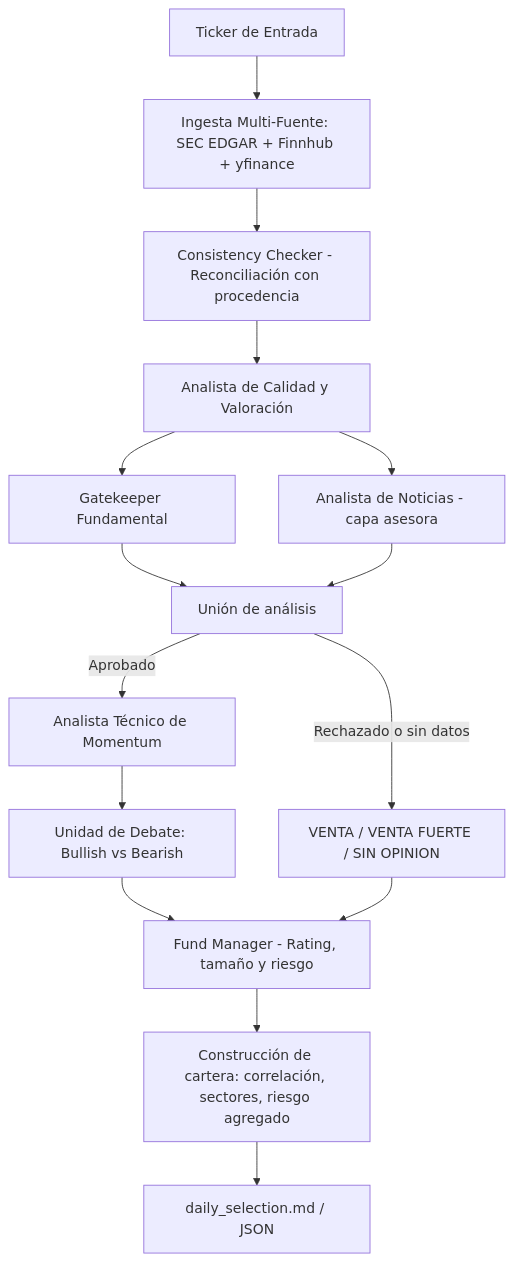
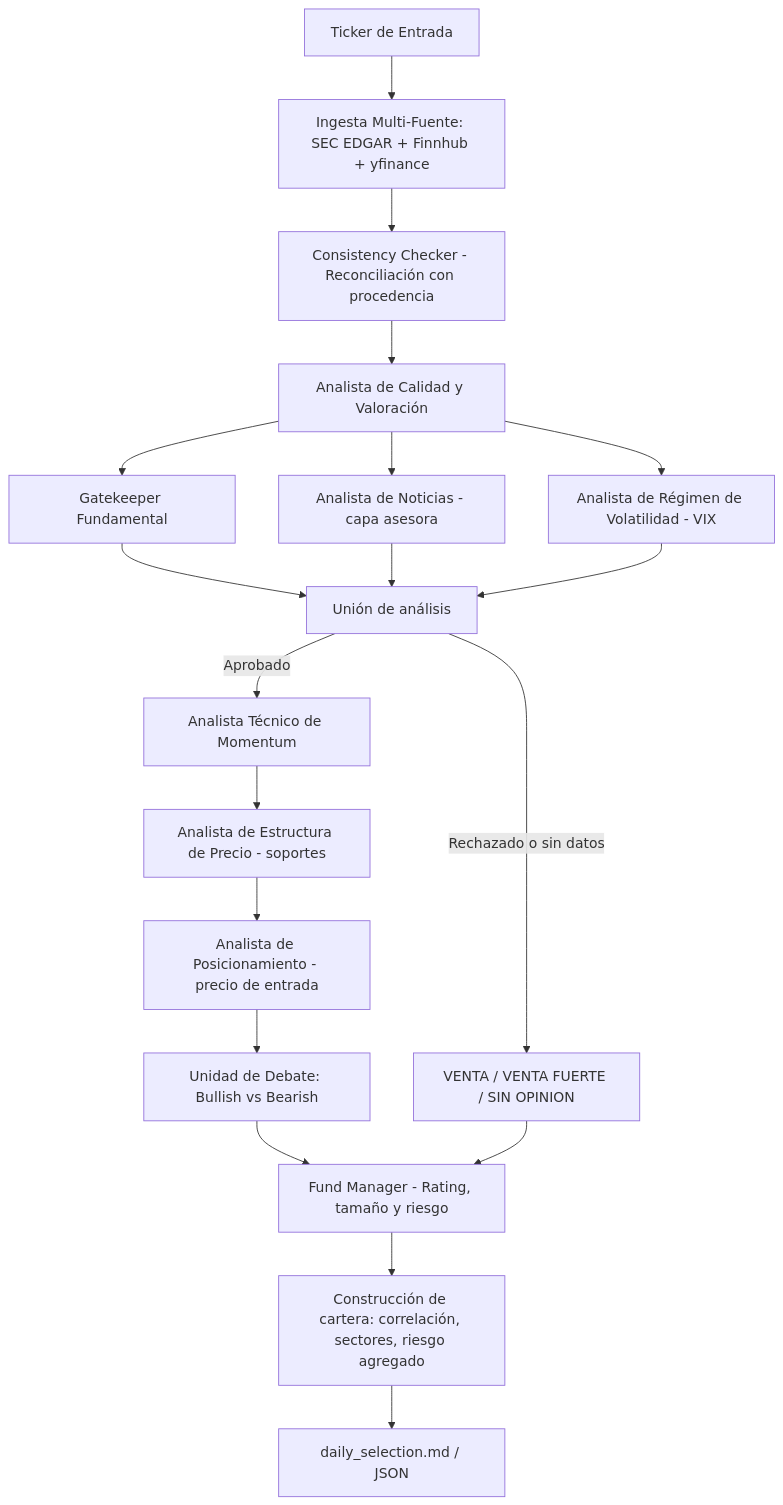
The diagram in README.md (cterrad/10_Multi_Agent_Financiero), drawn with Mermaid before and after one commit. The commit also changed other lines of this file and 70 other files, not shown here.

````diff
--- a/README.md
+++ b/README.md
@@ -18,17 +18,21 @@
 ```mermaid
 graph TD
     A[Ticker de Entrada] --> B[Ingesta Multi-Fuente: SEC EDGAR + Finnhub + yfinance]
     B --> CC[Consistency Checker - Reconciliación con procedencia]
     CC --> Q1[Analista de Calidad y Valoración]
     Q1 --> C1[Gatekeeper Fundamental]
     Q1 --> N1[Analista de Noticias - capa asesora]
+    Q1 --> G1[Analista de Régimen de Volatilidad - VIX]
     C1 --> J1[Unión de análisis]
     N1 --> J1
+    G1 --> J1
     J1 -->|Rechazado o sin datos| D1[VENTA / VENTA FUERTE / SIN OPINION]
     J1 -->|Aprobado| E1[Analista Técnico de Momentum]
-    E1 --> F1[Unidad de Debate: Bullish vs Bearish]
+    E1 --> S1[Analista de Estructura de Precio - soportes]
+    S1 --> O1[Analista de Posicionamiento - precio de entrada]
+    O1 --> F1[Unidad de Debate: Bullish vs Bearish]
     F1 --> H1[Fund Manager - Rating, tamaño y riesgo]
     D1 --> H1
     H1 --> P1[Construcción de cartera: correlación, sectores, riesgo agregado]
     P1 --> I1[daily_selection.md / JSON]
 ```
````
